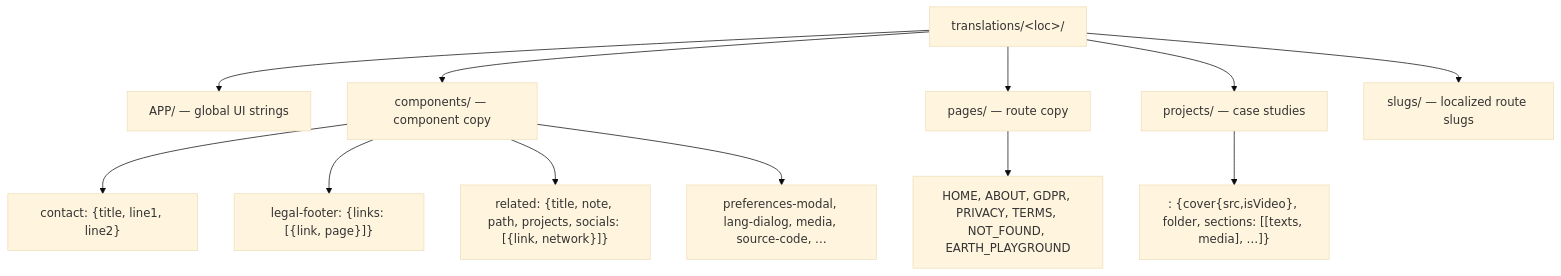
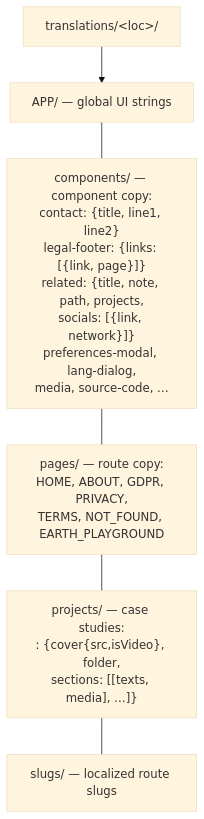
The diagram in docs/architecture/data-model.md (LuisKrotz/luiskr.com-V3-shared), drawn with Mermaid (base theme) before and after one commit. The commit also changed 24 other files, not shown here.

First line of the commit message:
feat: live-translated locale pages at public paths + vertical mermaid

````diff
--- a/docs/architecture/data-model.md
+++ b/docs/architecture/data-model.md
@@ -7,18 +7,9 @@
 ```mermaid
-flowchart TD
+flowchart TB
     TR["translations/&lt;loc&gt;/"]
     TR --> APP["APP/ — global UI strings"]
-    TR --> COMP["components/ — component copy"]
-    TR --> PAGES["pages/ — route copy"]
-    TR --> PROJ["projects/ — case studies"]
-    TR --> SLUGS["slugs/ — localized route slugs"]
-
-    COMP --> C1["contact: {title, line1, line2}"]
-    COMP --> C2["legal-footer: {links: [{link, page}]}"]
-    COMP --> C3["related: {title, note, path, projects, socials: [{link, network}]}"]
-    COMP --> C4["preferences-modal, lang-dialog, media, source-code, …"]
-
-    PAGES --> P1["HOME, ABOUT, GDPR, PRIVACY, TERMS, NOT_FOUND, EARTH_PLAYGROUND"]
-
-    PROJ --> PR1["<key>: {cover{src,isVideo}, folder, sections: [[texts, media], …]}"]
+    APP --- COMP["components/ — component copy:<br/>contact: {title, line1, line2}<br/>legal-footer: {links: [{link, page}]}<br/>related: {title, note, path, projects,<br/>socials: [{link, network}]}<br/>preferences-modal, lang-dialog,<br/>media, source-code, …"]
+    COMP --- PAGES["pages/ — route copy:<br/>HOME, ABOUT, GDPR, PRIVACY,<br/>TERMS, NOT_FOUND, EARTH_PLAYGROUND"]
+    PAGES --- PROJ["projects/ — case studies:<br/><key>: {cover{src,isVideo}, folder,<br/>sections: [[texts, media], …]}"]
+    PROJ --- SLUGS["slugs/ — localized route slugs"]
 ```
````
